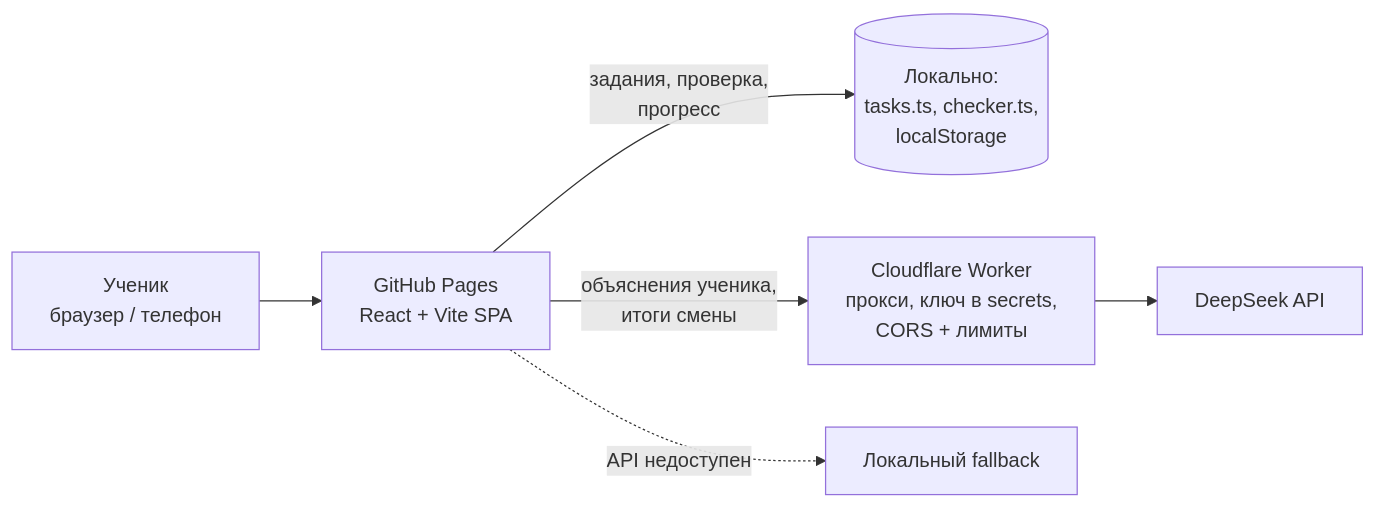
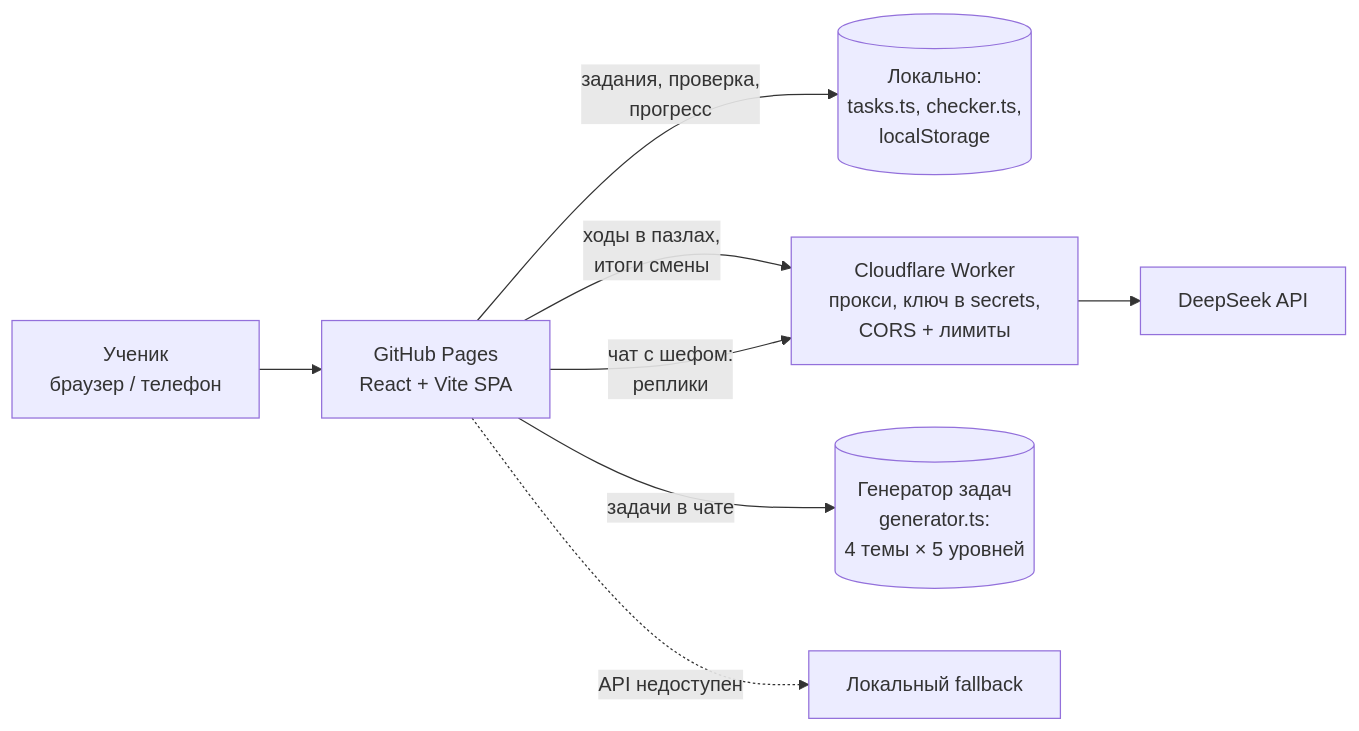
Before and after one commit to inversion322/fraction-pizzeria: the diagram in README.md, drawn with Mermaid. The commit also changed other lines of this file and 43 other files, not shown here.

````diff
--- a/README.md
+++ b/README.md
@@ -34,8 +38,10 @@
 ```mermaid
 flowchart LR
   U[Ученик<br/>браузер / телефон] --> P[GitHub Pages<br/>React + Vite SPA]
   P -- задания, проверка,<br/>прогресс --> L[(Локально:<br/>tasks.ts, checker.ts,<br/>localStorage)]
-  P -- объяснения ученика,<br/>итоги смены --> W[Cloudflare Worker<br/>прокси, ключ в secrets,<br/>CORS + лимиты]
+  P -- ходы в пазлах,<br/>итоги смены --> W[Cloudflare Worker<br/>прокси, ключ в secrets,<br/>CORS + лимиты]
   W --> D[DeepSeek API]
+  P -- чат с шефом:<br/>реплики --> W
+  P -- задачи в чате --> G[(Генератор задач<br/>generator.ts:<br/>4 темы × 5 уровней)]
   P -. API недоступен .-> F[Локальный fallback]
 ```
````
